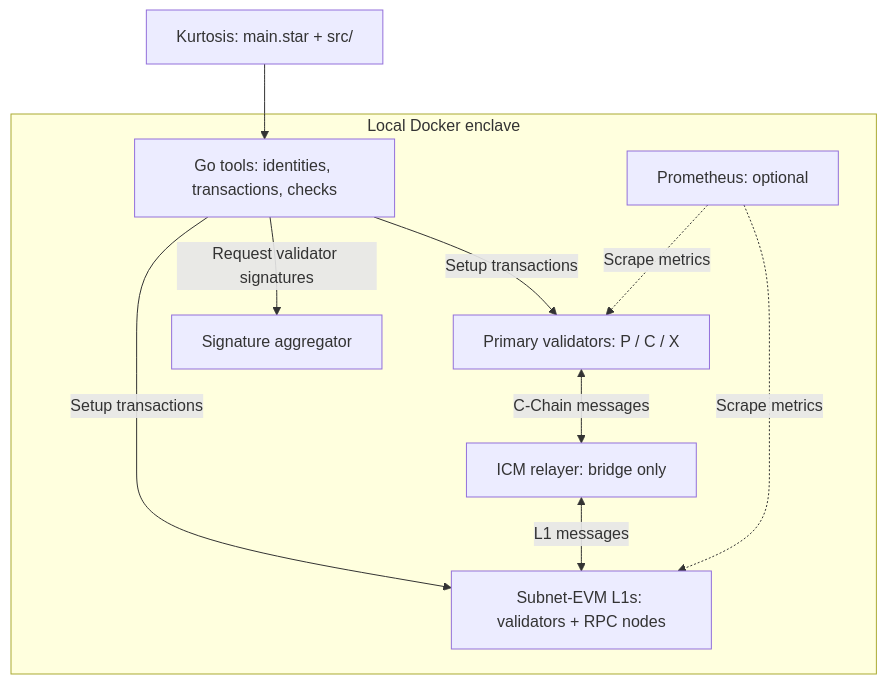
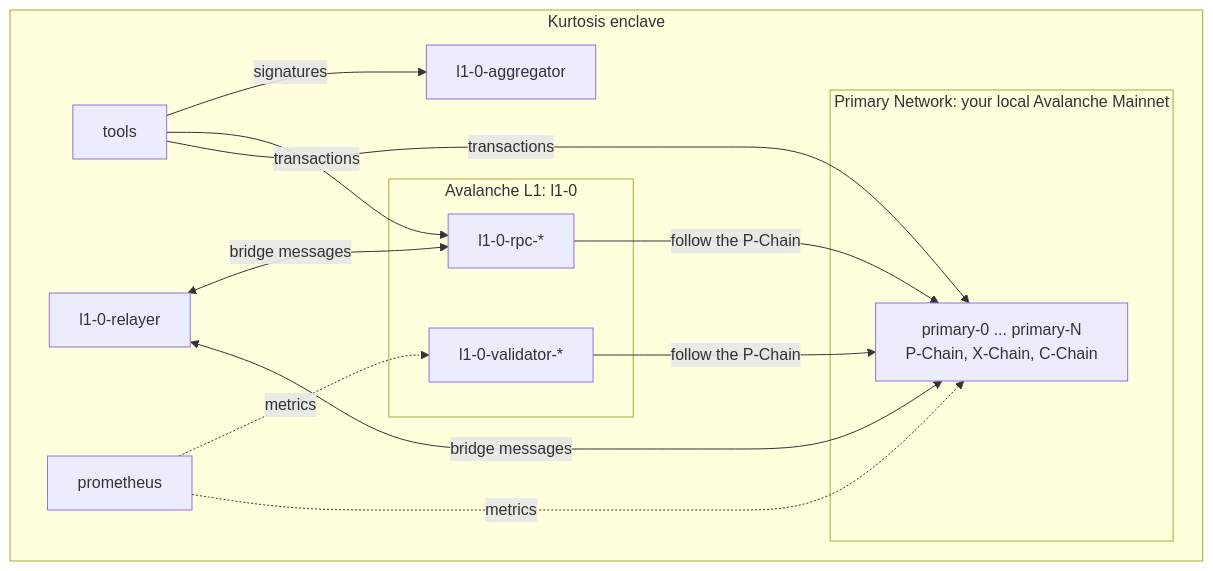
One commit to jhkimqd/kurtosis-avalanche changed the diagram in README.md. Above: the diagram before and after it, drawn with Mermaid. The commit also changed other lines of this file and 14 other files, not shown here.

````diff
--- a/README.md
+++ b/README.md
@@ -34,19 +69,25 @@
 ```mermaid
 flowchart TB
-    K["Kurtosis: main.star + src/"] --> T
-    subgraph E["Local Docker enclave"]
-        T["Go tools: identities, transactions, checks"]
-        P["Primary validators: P / C / X"]
-        L["Subnet-EVM L1s: validators + RPC nodes"]
-        A["Signature aggregator"]
-        R["ICM relayer: bridge only"]
-        M["Prometheus: optional"]
-        T -->|Setup transactions| P
-        T -->|Setup transactions| L
-        T -->|Request validator signatures| A
-        P <-->|C-Chain messages| R
-        R <-->|L1 messages| L
-        M -.->|Scrape metrics| P
-        M -.->|Scrape metrics| L
+    subgraph E["Kurtosis enclave"]
+        subgraph PN["Primary Network: your local Avalanche Mainnet"]
+            P["primary-0 ... primary-N<br/>P-Chain, X-Chain, C-Chain"]
+        end
+        subgraph L1["Avalanche L1: l1-0"]
+            V["l1-0-validator-*"]
+            R["l1-0-rpc-*"]
+        end
+        A["l1-0-aggregator"]
+        B["l1-0-relayer"]
+        T["tools"]
+        M["prometheus"]
     end
+    V -->|"follow the P-Chain"| P
+    R -->|"follow the P-Chain"| P
+    T -->|"transactions"| P
+    T -->|"transactions"| R
+    T -->|"signatures"| A
+    B <-->|"bridge messages"| P
+    B <-->|"bridge messages"| R
+    M -.->|"metrics"| P
+    M -.->|"metrics"| V
 ```
````
